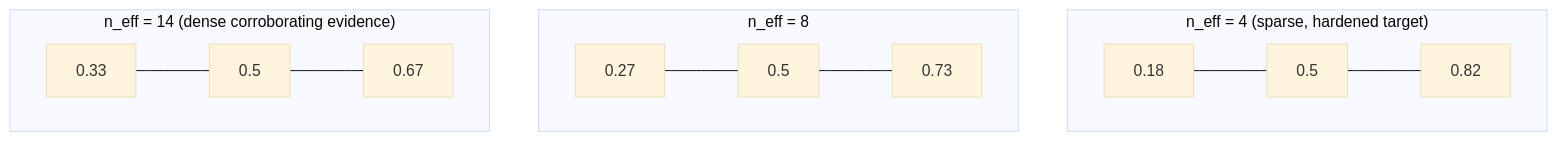
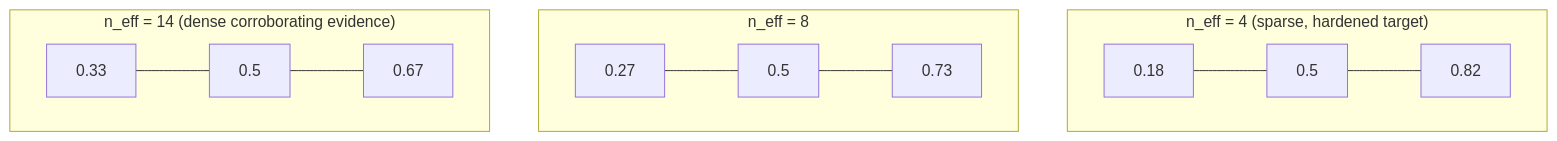
One commit to blisspixel/recon changed the third of 4 diagrams in docs/correlation.md. Above: the diagram before and after it, drawn with Mermaid. The commit also changed other lines of this file and 1 other file, not shown here.

Commit message:
docs: refresh roadmap to v2.1.10 + mermaid render fix
Roadmap status was stale at v2.1.3; update it to v2.1.10 and make the post-2.0 assurance track current: differential verification (v2.1.7), the four fault-injection fixes (v2.1.9), and the hostile-input fuzz gate + per-parser bound tests (v2.1.10) are marked done, and the remaining order is refined (the small Resilient residuals as cheap completion, then signed/reproducible builds + SLSA, then PV2, interval coverage, mutation gate). The shipped pre-2.0 execution queue carries a banner pointing to the CHANGELOG. Also switches the two correlation.md diagrams from 'graph' + a theme-init directive to the modern 'flowchart' keyword, which renders more reliably on GitHub and in mermaid viewers.

````diff
--- a/docs/correlation.md
+++ b/docs/correlation.md
@@ -1278,13 +1278,12 @@
 ```mermaid
-%%{init: {'theme':'base'}}%%
-graph TB
+flowchart TB
   subgraph sparse["n_eff = 4 (sparse, hardened target)"]
     sl["0.18"] --- sm["0.5"] --- sh["0.82"]
   end
   subgraph mid["n_eff = 8"]
     ml["0.27"] --- mm["0.5"] --- mh["0.73"]
   end
   subgraph dense["n_eff = 14 (dense corroborating evidence)"]
     dl["0.33"] --- dm["0.5"] --- dh["0.67"]
   end
 ```
````
